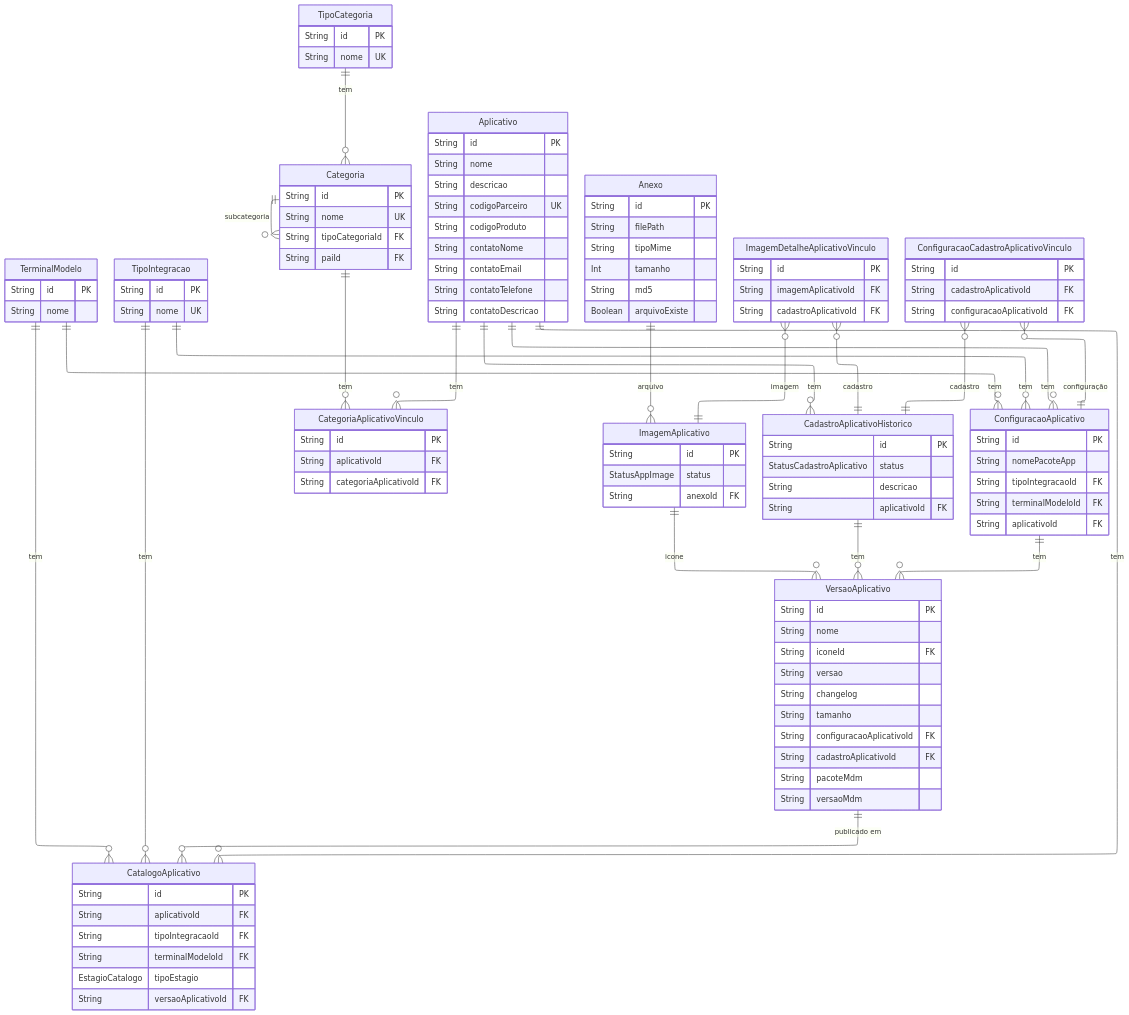
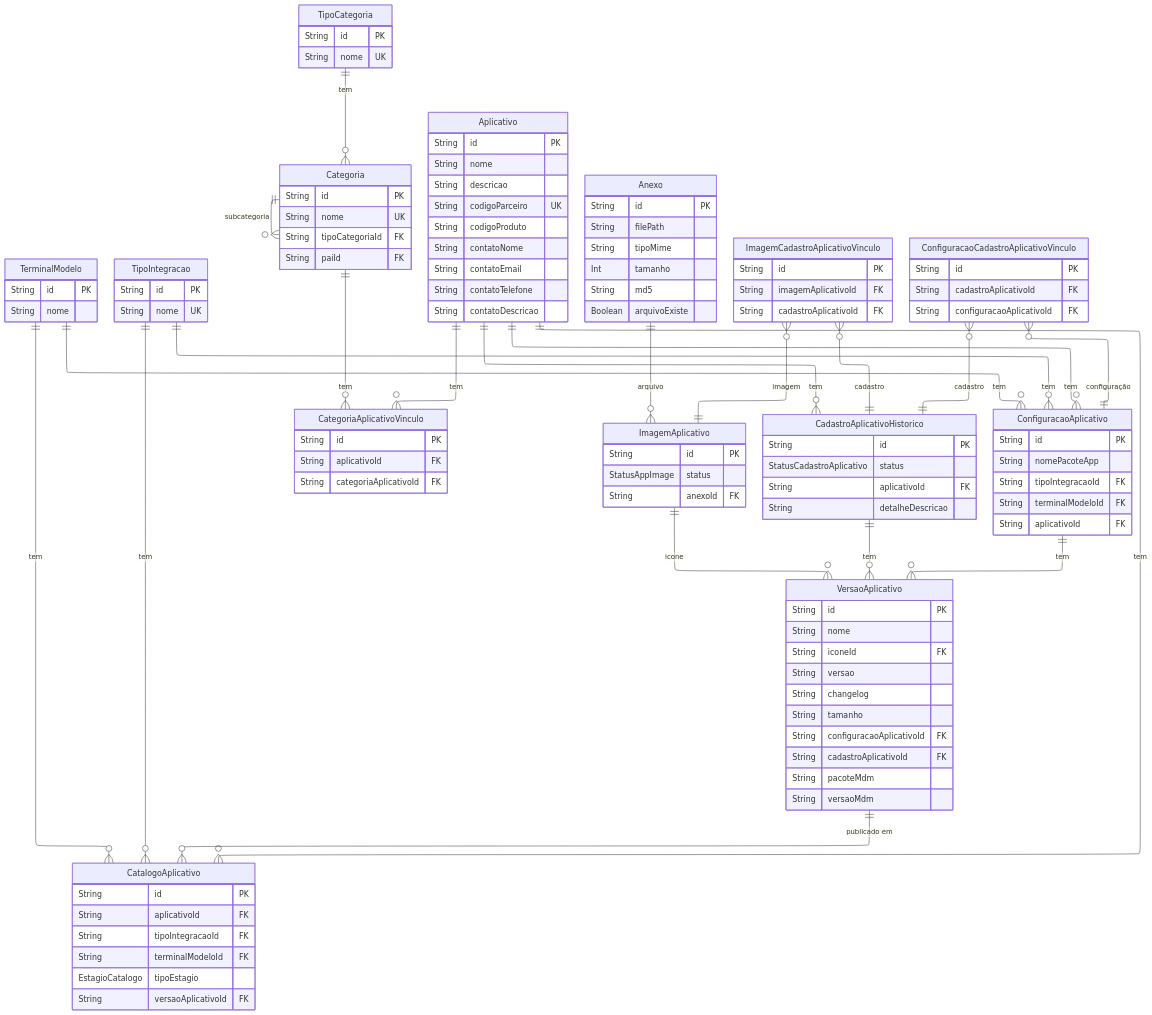
Before and after one commit to brunojet/store-nodejs: the diagram in docs/erdiagram.md, drawn with Mermaid. The commit also changed 2 other files, not shown here.

Commit message:
Refactor

```diff
--- a/docs/erdiagram.md
+++ b/docs/erdiagram.md
@@ -54,7 +54,7 @@
 		StatusAppImage status
 		String anexoId FK
 	}
-	ImagemDetalheAplicativoVinculo {
+	ImagemCadastroAplicativoVinculo {
 		String id PK
 		String imagemAplicativoId FK
 		String cadastroAplicativoId FK
@@ -62,8 +62,8 @@
 	CadastroAplicativoHistorico {
 		String id PK
 		StatusCadastroAplicativo status
-		String descricao
 		String aplicativoId FK
+		String detalheDescricao
 	}
 	ConfiguracaoAplicativo {
 		String id PK
@@ -113,8 +113,8 @@
 	CadastroAplicativoHistorico||--o{VersaoAplicativo:"tem"
 	VersaoAplicativo||--o{CatalogoAplicativo:"publicado em"
 	ImagemAplicativo||--o{VersaoAplicativo:"icone"
-	ImagemDetalheAplicativoVinculo}o--||ImagemAplicativo:"imagem"
-	ImagemDetalheAplicativoVinculo}o--||CadastroAplicativoHistorico:"cadastro"
+	ImagemCadastroAplicativoVinculo}o--||ImagemAplicativo:"imagem"
+	ImagemCadastroAplicativoVinculo}o--||CadastroAplicativoHistorico:"cadastro"
 	Anexo||--o{ImagemAplicativo:"arquivo"
 	ConfiguracaoCadastroAplicativoVinculo}o--||CadastroAplicativoHistorico:"cadastro"
 	ConfiguracaoCadastroAplicativoVinculo}o--||ConfiguracaoAplicativo:"configuração"
```
